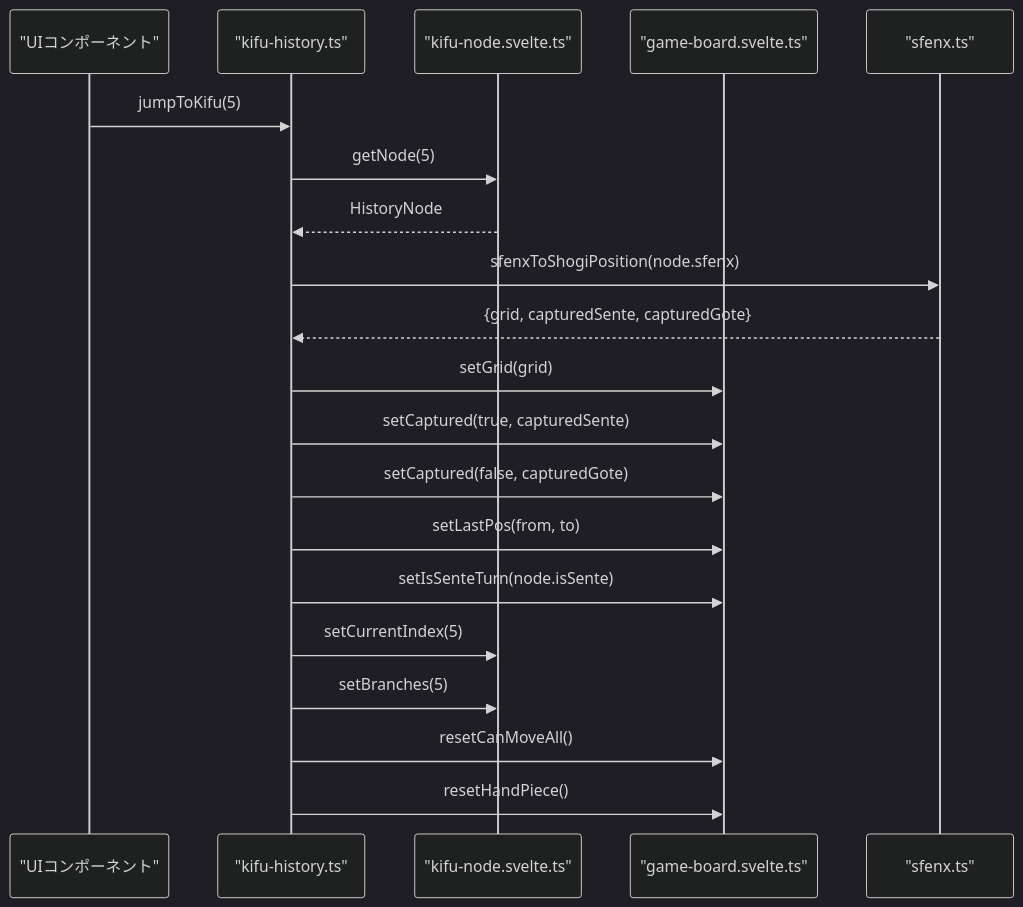
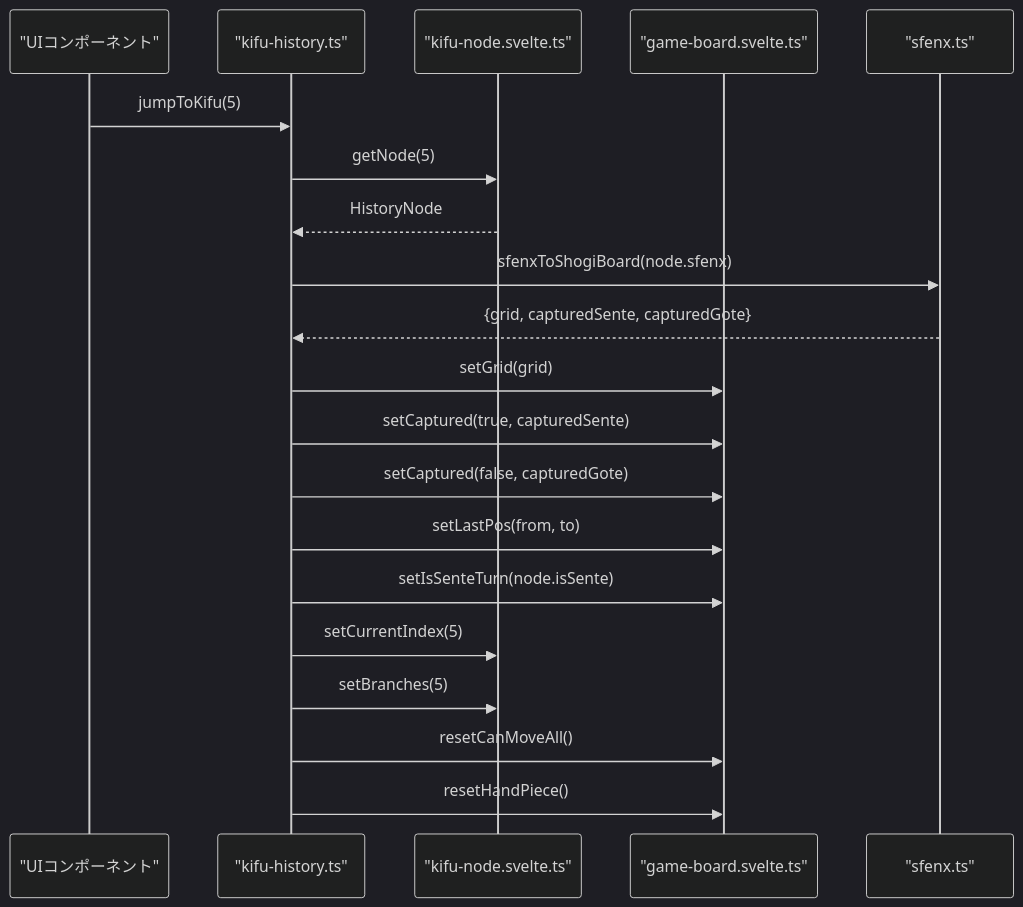
One commit to hashiryo/SvelteShogi changed the fifth of 8 diagrams in .qoder/repowiki/ja/content/State Management/Kifu History Store.md. Above: the diagram before and after it, drawn with Mermaid (dark theme). The commit also changed other lines of this file and 17 other files, not shown here.

````diff
--- a/.qoder/repowiki/ja/content/State Management/Kifu History Store.md
+++ b/.qoder/repowiki/ja/content/State Management/Kifu History Store.md
@@ -268,22 +301,22 @@
 ```mermaid
 sequenceDiagram
 participant UI as "UIコンポーネント"
 participant Handler as "kifu-history.ts"
 participant Store as "kifu-node.svelte.ts"
 participant BoardStore as "game-board.svelte.ts"
 participant SFENX as "sfenx.ts"
 UI->>Handler : jumpToKifu(5)
 Handler->>Store : getNode(5)
 Store-->>Handler : HistoryNode
-Handler->>SFENX : sfenxToShogiPosition(node.sfenx)
+Handler->>SFENX : sfenxToShogiBoard(node.sfenx)
 SFENX-->>Handler : {grid, capturedSente, capturedGote}
 Handler->>BoardStore : setGrid(grid)
 Handler->>BoardStore : setCaptured(true, capturedSente)
 Handler->>BoardStore : setCaptured(false, capturedGote)
 Handler->>BoardStore : setLastPos(from, to)
 Handler->>BoardStore : setIsSenteTurn(node.isSente)
 Handler->>Store : setCurrentIndex(5)
 Handler->>Store : setBranches(5)
 Handler->>BoardStore : resetCanMoveAll()
 Handler->>BoardStore : resetHandPiece()
 ```
````
